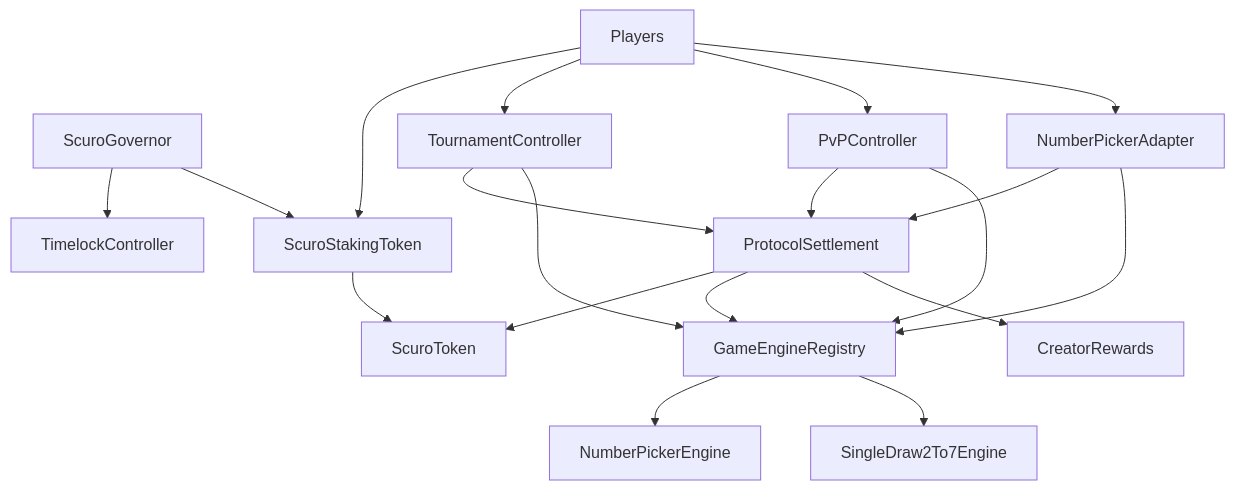
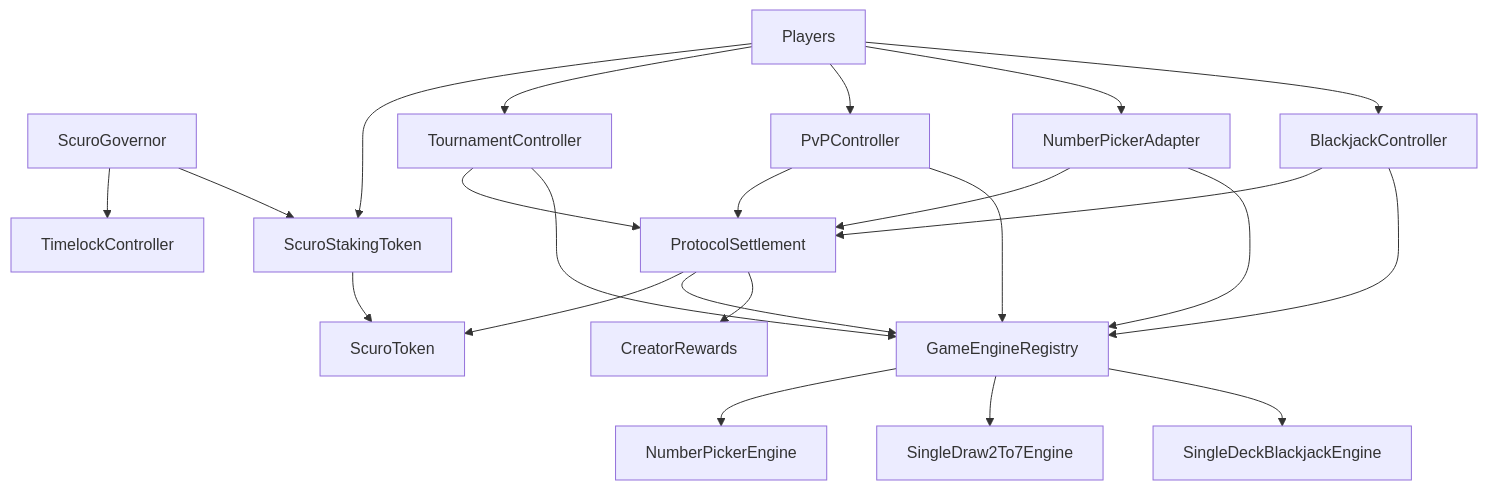
The diagram in README.md (zachdt/scuro), drawn with Mermaid before and after one commit. The commit also changed other lines of this file and 63 other files, not shown here.

````diff
--- a/README.md
+++ b/README.md
@@ -102,39 +104,45 @@
 ```mermaid
 graph TB
     Player["Players"]
     Gov["ScuroGovernor"]
     Time["TimelockController"]
     Token["ScuroToken"]
     Stake["ScuroStakingToken"]
     Settle["ProtocolSettlement"]
     Registry["GameEngineRegistry"]
     Rewards["CreatorRewards"]
     Tour["TournamentController"]
     PvP["PvPController"]
     Solo["NumberPickerAdapter"]
     Num["NumberPickerEngine"]
     Poker["SingleDraw2To7Engine"]
+    BjCtrl["BlackjackController"]
+    Bj["SingleDeckBlackjackEngine"]
 
     Player --> Stake
     Player --> Tour
     Player --> PvP
     Player --> Solo
+    Player --> BjCtrl
 
     Stake --> Token
     Gov --> Time
     Gov --> Stake
 
     Tour --> Settle
     Tour --> Registry
     PvP --> Settle
     PvP --> Registry
     Solo --> Settle
     Solo --> Registry
+    BjCtrl --> Settle
+    BjCtrl --> Registry
 
     Settle --> Token
     Settle --> Registry
     Settle --> Rewards
 
     Registry --> Num
     Registry --> Poker
+    Registry --> Bj
 ```
````
